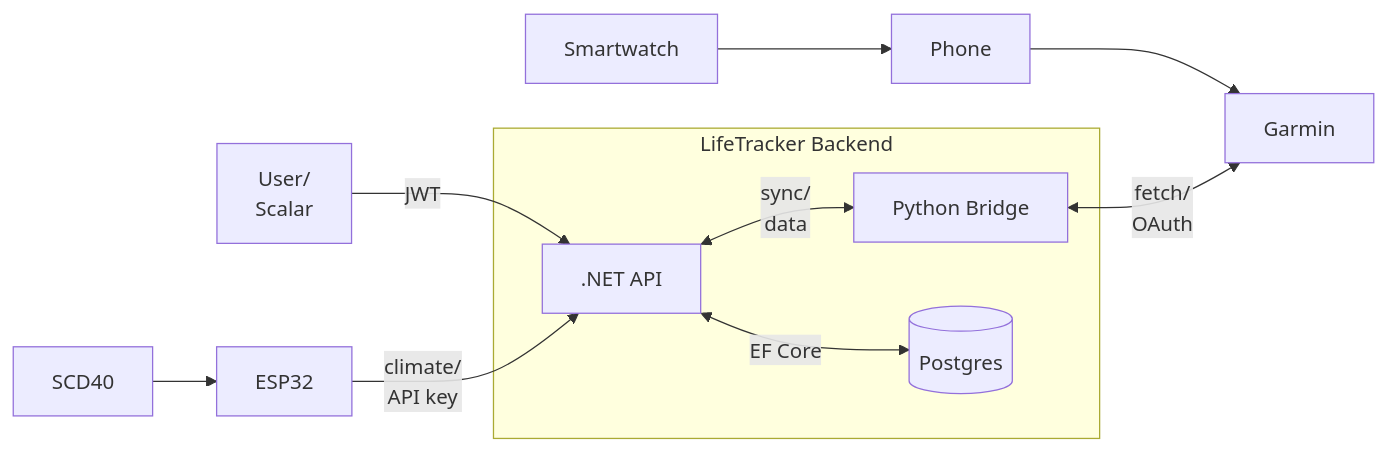
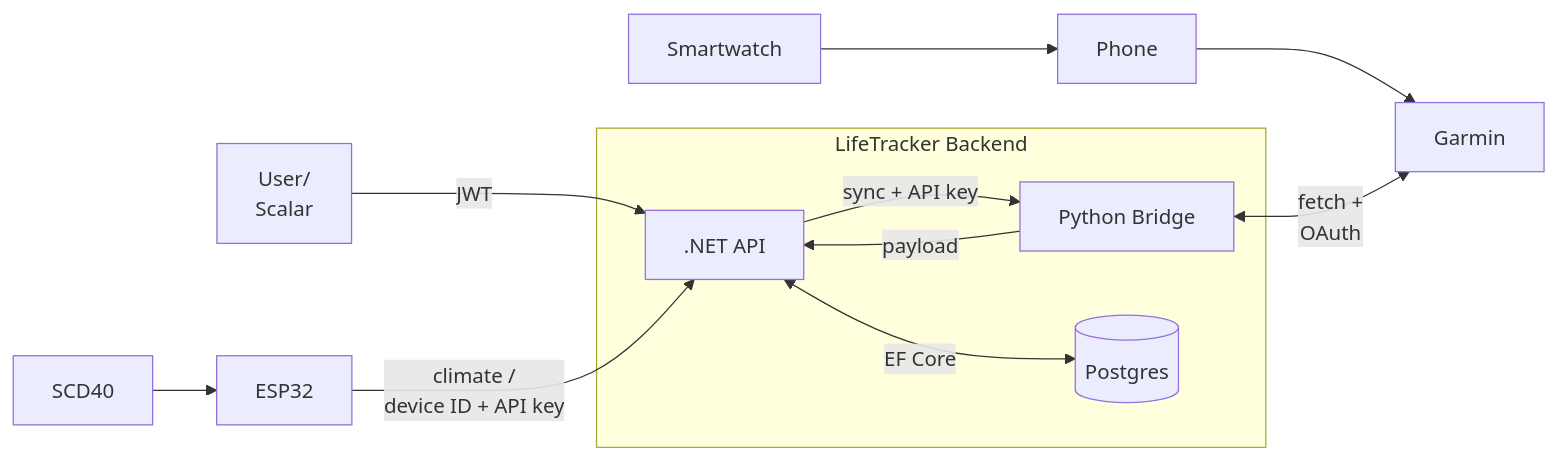
Before and after one commit to 0xNullVOID0/LifeTracker: the diagram in README.md, drawn with Mermaid. The commit also changed other lines of this file, not shown here.

````diff
--- a/README.md
+++ b/README.md
@@ -21,16 +26,17 @@
 ```mermaid
 flowchart LR
   Watch[Smartwatch] --> Phone[Phone] --> GC[Garmin]
 
   subgraph Stack["LifeTracker Backend"]
     API[".NET API"]
     Bridge["Python Bridge"]
     DB[("Postgres")]
-    API <-->|"sync/</br>data"| Bridge
+    API -->|"sync + API key"| Bridge
+    Bridge -->|"payload"| API
     API <-->|"EF Core"| DB
   end
 
-  Bridge <-->|"fetch/</br>OAuth"| GC
-  User["User/</br>Scalar"] -->|"JWT"| API
-  SCD[SCD40] --> ESP[ESP32] -->|"climate/</br>API key"| API
+  Bridge <-->|"fetch +</br>OAuth"| GC
+  User["User/</br> Scalar"] -->|"JWT"| API
+  SCD[SCD40] --> ESP[ESP32] -->|"climate /</br>device ID + API key"| API
 ```
````
